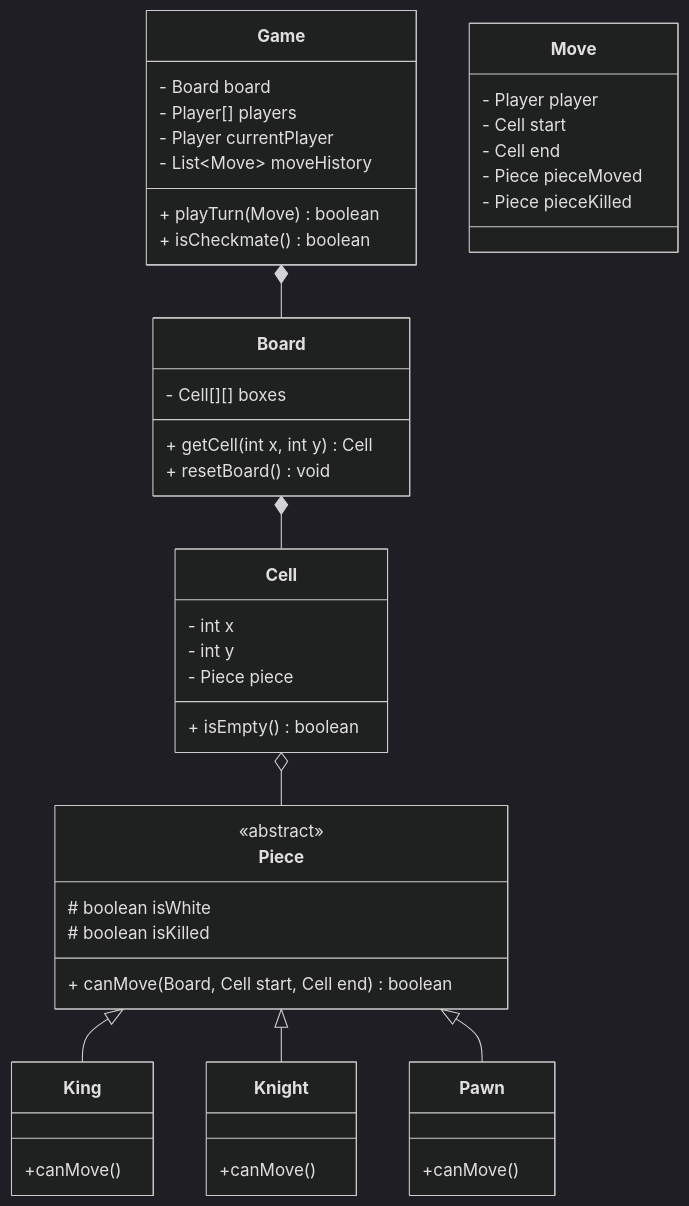
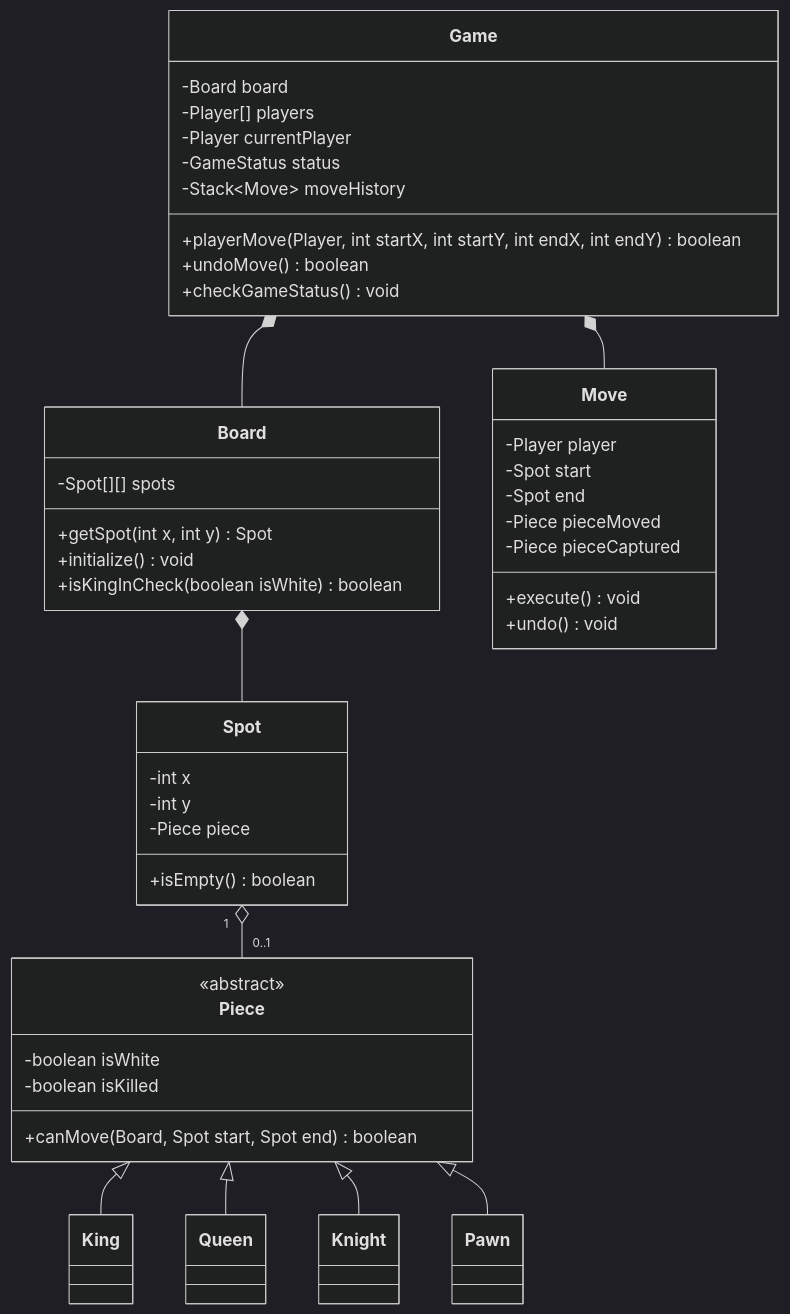
One commit to akshay-k-r/Interview-Prep-Resource changed the diagram in src/pages/03-lld/machine-coding/chess/index.mdx. Above: the diagram before and after it, drawn with Mermaid (dark theme). The commit also changed other lines of this file and 179 other files, not shown here.

````diff
--- a/src/pages/03-lld/machine-coding/chess/index.mdx
+++ b/src/pages/03-lld/machine-coding/chess/index.mdx
@@ -23,51 +41,59 @@
 ```mermaid
 classDiagram
     class Game {
-        - Board board
-        - Player[] players
-        - Player currentPlayer
-        - List~Move~ moveHistory
-        + playTurn(Move) boolean
-        + isCheckmate() boolean
+        -Board board
+        -Player[] players
+        -Player currentPlayer
+        -GameStatus status
+        -Stack~Move~ moveHistory
+        +playerMove(Player, int startX, int startY, int endX, int endY) boolean
+        +undoMove() boolean
+        +checkGameStatus() void
     }
 
     class Board {
-        - Cell[][] boxes
-        + getCell(int x, int y) Cell
-        + resetBoard() void
+        -Spot[][] spots
+        +getSpot(int x, int y) Spot
+        +initialize() void
+        +isKingInCheck(boolean isWhite) boolean
     }
 
-    class Cell {
-        - int x
-        - int y
-        - Piece piece
-        + isEmpty() boolean
+    class Spot {
+        -int x
+        -int y
+        -Piece piece
+        +isEmpty() boolean
     }
 
     class Piece {
         <<abstract>>
-        # boolean isWhite
-        # boolean isKilled
-        + canMove(Board, Cell start, Cell end) boolean
+        -boolean isWhite
+        -boolean isKilled
+        +canMove(Board, Spot start, Spot end) boolean
     }
-    
-    class King { +canMove() }
-    class Knight { +canMove() }
-    class Pawn { +canMove() }
-    
+
+    class King { }
+    class Queen { }
+    class Knight { }
+    class Pawn { }
+
     Piece <|-- King
+    Piece <|-- Queen
     Piece <|-- Knight
     Piece <|-- Pawn
 
     class Move {
-        - Player player
-        - Cell start
-        - Cell end
-        - Piece pieceMoved
-        - Piece pieceKilled
+        -Player player
+        -Spot start
+        -Spot end
+        -Piece pieceMoved
+        -Piece pieceCaptured
+        +execute() void
+        +undo() void
     }
-    
+
     Game *-- Board
-    Board *-- Cell
-    Cell o-- Piece
+    Board *-- Spot
+    Spot "1" o-- "0..1" Piece
+    Game *-- Move
 ```
````
